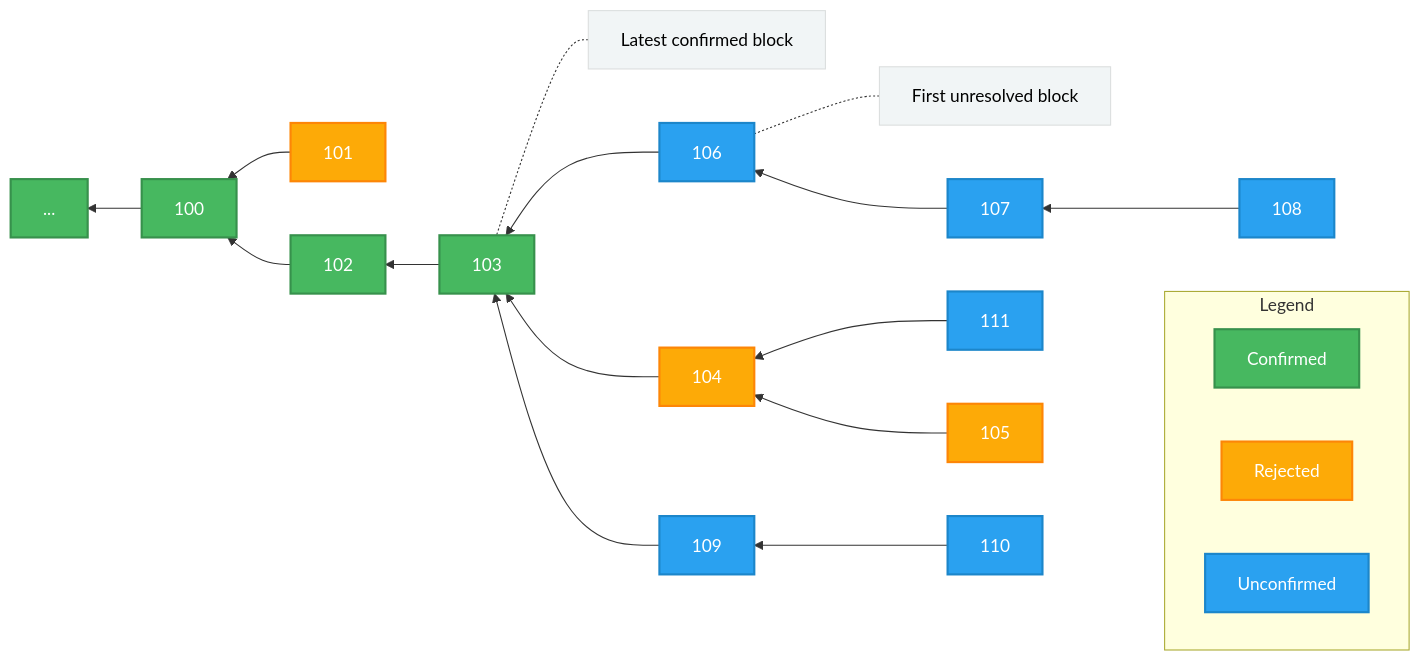
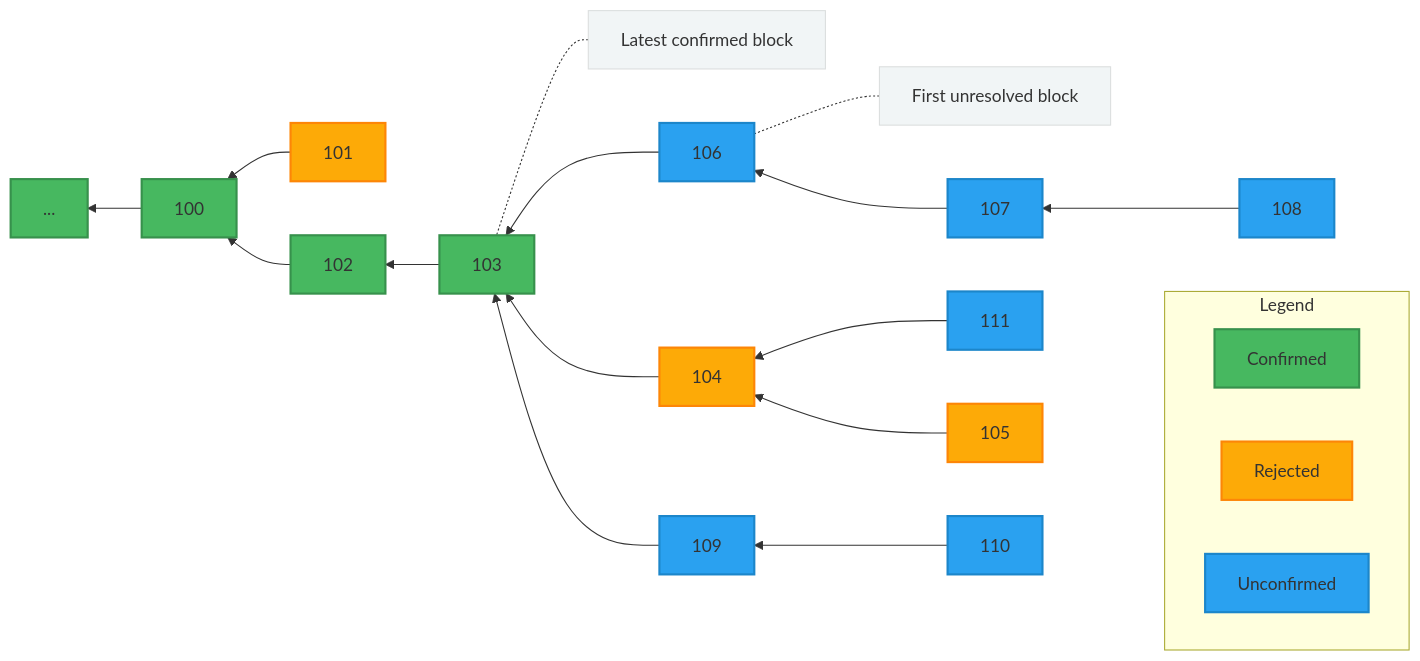
The third of 3 diagrams in docs/pages/inside-arbitrum-nitro/inside-arbitrum-nitro.mdx (soos3d/arbitrum-docs), drawn with Mermaid before and after one commit. The commit also changed other lines of this file and 103 other files, not shown here.

````diff
--- a/docs/pages/inside-arbitrum-nitro/inside-arbitrum-nitro.mdx
+++ b/docs/pages/inside-arbitrum-nitro/inside-arbitrum-nitro.mdx
@@ -283,35 +283,35 @@
 ```mermaid
 graph RL
  subgraph Legend
     direction RL
     Confirmed
     Rejected
     Unconfirmed
   end
 
   f["First unresolved block"]
   l["Latest confirmed block"]
 
 
   l-.-103
   f-.-106
 
   108-->107-->106-->103
   111-->104
   101-->100
   105-->104-->103
   110-->109-->103-->102-->100-->x[...]
 
-  classDef confirmed fill:#47b860,stroke:#37914c,stroke-width:2px,color:#fff
+  classDef confirmed fill:#47b860,stroke:#37914c,stroke-width:2px,color#fff
   class 100,102,103,x,Confirmed confirmed
 
-  classDef rejected fill:#fdaa07,stroke:#fd8607,stroke-width:2px,color:#fff
+  classDef rejected fill:#fdaa07,stroke:#fd8607,stroke-width:2px,color#fff
   class 101,104,105,Rejected rejected
 
-  classDef unconfirmed fill:#2aa1f0,stroke:#1c86ca,stroke-width:2px,color:#fff
+  classDef unconfirmed fill:#2aa1f0,stroke:#1c86ca,stroke-width:2px,color#fff
   class 106,107,108,109,110,111,Unconfirmed unconfirmed
 
-  classDef note fill:#F1F5F6,stroke:#dbdede,stroke-width:1px,color:#000
+  classDef note fill:#F1F5F6,stroke:#dbdede,stroke-width:1px,color#000
   class l,f note
 
 ```
````
